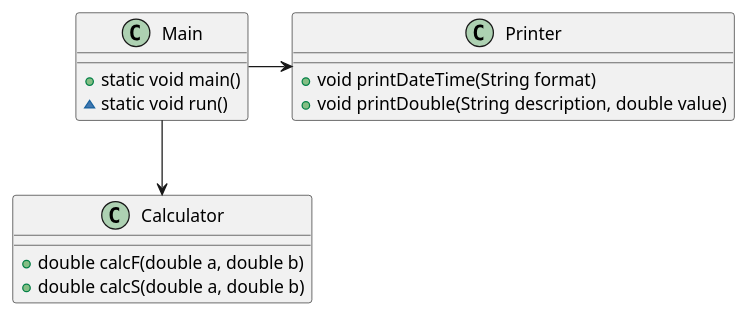
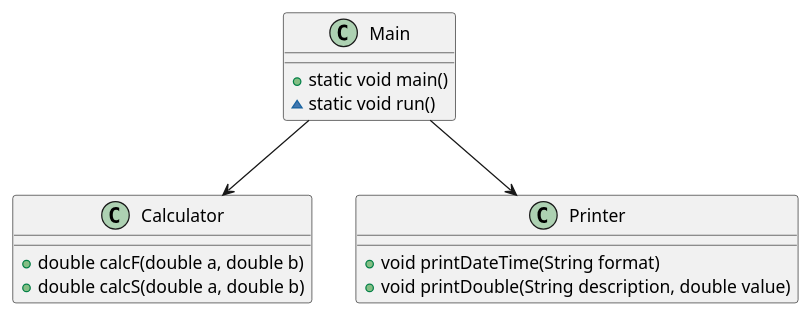
One commit to kafedra-iust/lab1oop changed the diagram in task/task.adoc. Above: the diagram before and after it, drawn with PlantUML. The commit also changed other lines of this file, not shown here.

```diff
--- a/task/task.adoc
+++ b/task/task.adoc
@@ -602,22 +602,22 @@
 [plantuml, format="png"]
 ----
 class Main {
   + static void main()
   ~ static void run()
 }
 
 class Calculator {
    + double calcF(double a, double b)
    + double calcS(double a, double b)
 }
 
 class Printer {
   + void printDateTime(String format)
   + void printDouble(String description, double value)
 }
 
 Main --> Calculator
-Main -> Printer
+Main --> Printer
 
 @enduml
 ----
```
